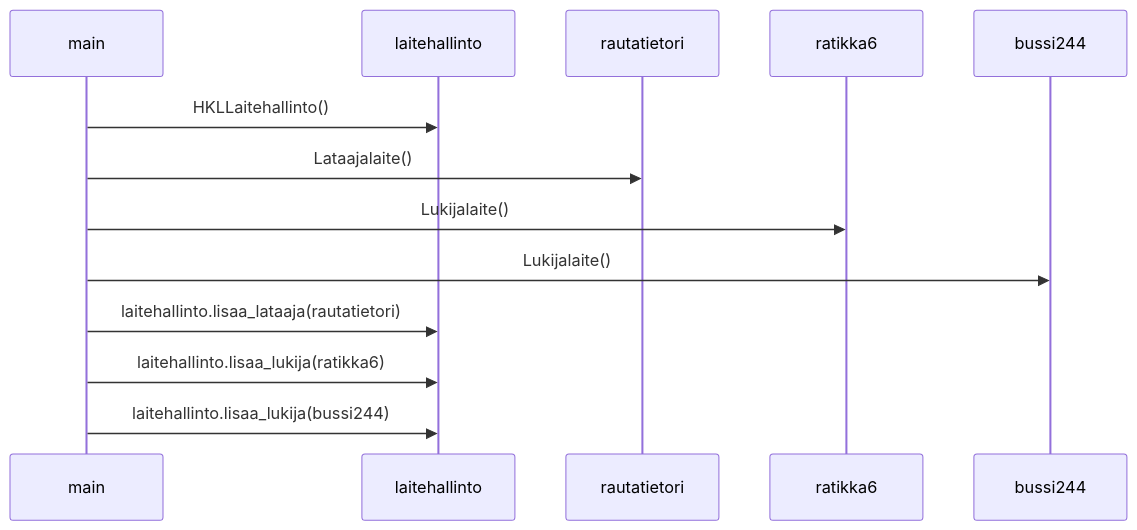
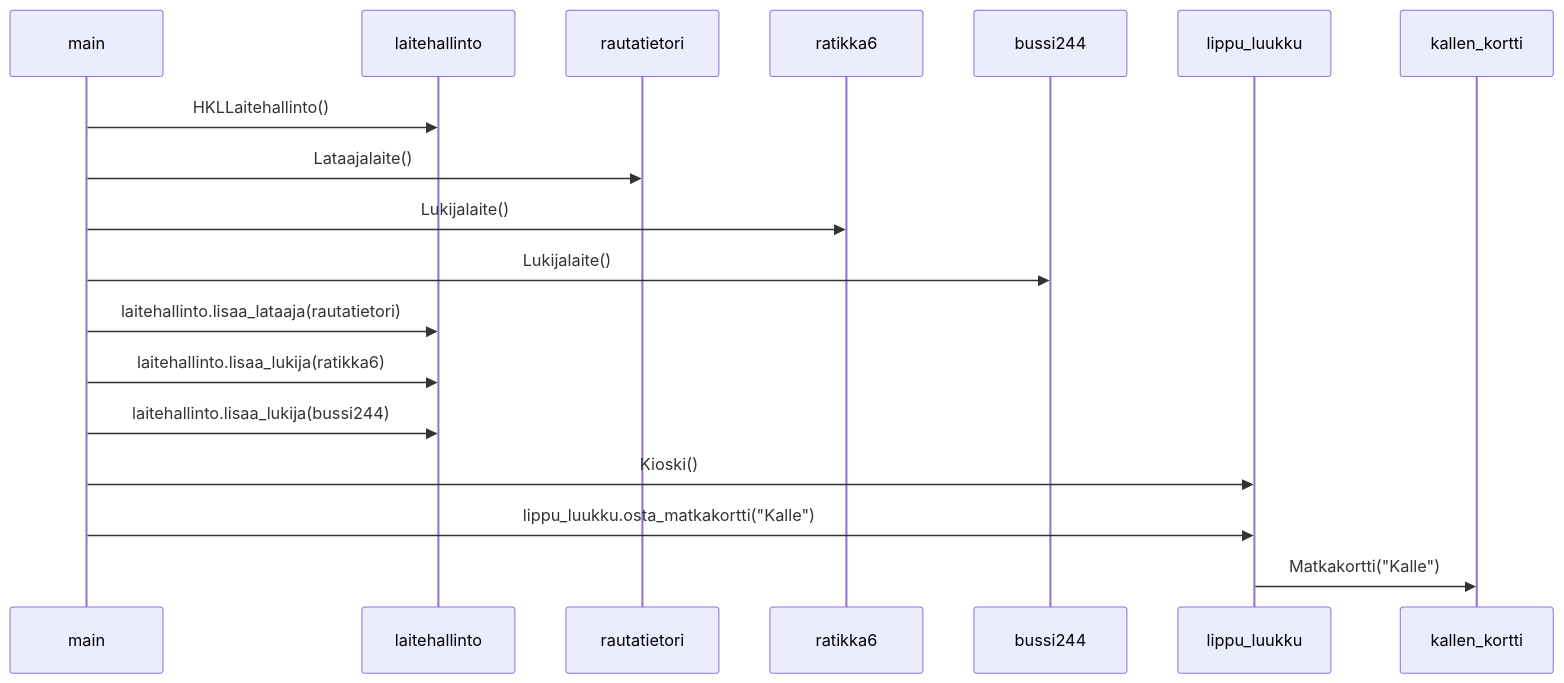
The diagram in laskarit/viikko3/hsl-sekvenssikaavio.md (Nanotiike/ot-harjoitustyo), drawn with Mermaid before and after one commit.

````diff
--- a/laskarit/viikko3/hsl-sekvenssikaavio.md
+++ b/laskarit/viikko3/hsl-sekvenssikaavio.md
@@ -3,10 +3,13 @@
 ```mermaid
   sequenceDiagram
     main ->> laitehallinto: HKLLaitehallinto()
     main ->> rautatietori: Lataajalaite()
     main ->> ratikka6: Lukijalaite()
     main ->> bussi244: Lukijalaite()
     main ->> laitehallinto: laitehallinto.lisaa_lataaja(rautatietori)
     main ->> laitehallinto: laitehallinto.lisaa_lukija(ratikka6)
     main ->> laitehallinto: laitehallinto.lisaa_lukija(bussi244)
+    main ->> lippu_luukku: Kioski()
+    main ->> lippu_luukku: lippu_luukku.osta_matkakortti("Kalle")
+    lippu_luukku ->> kallen_kortti: Matkakortti("Kalle")
 ```
````
